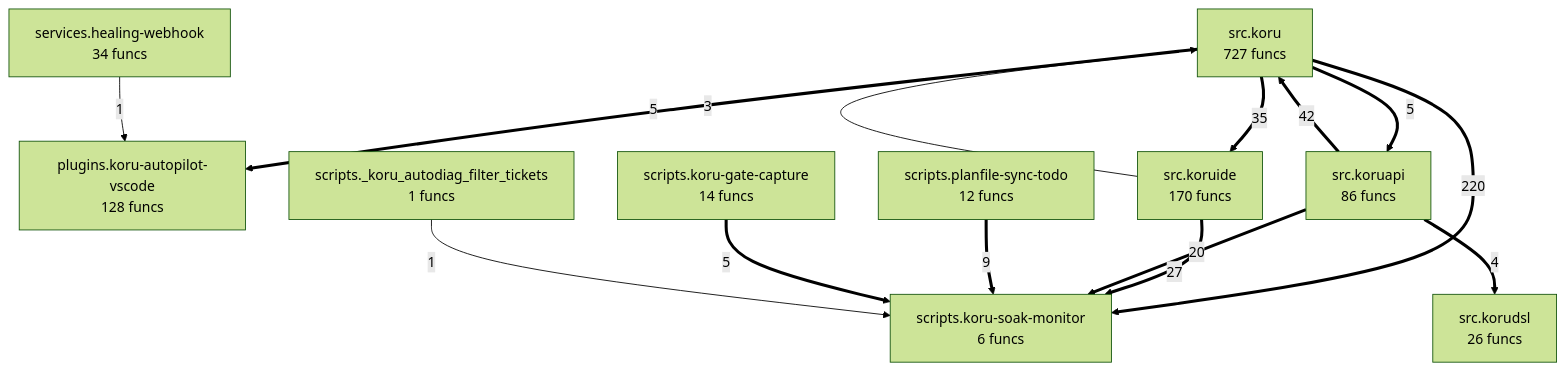
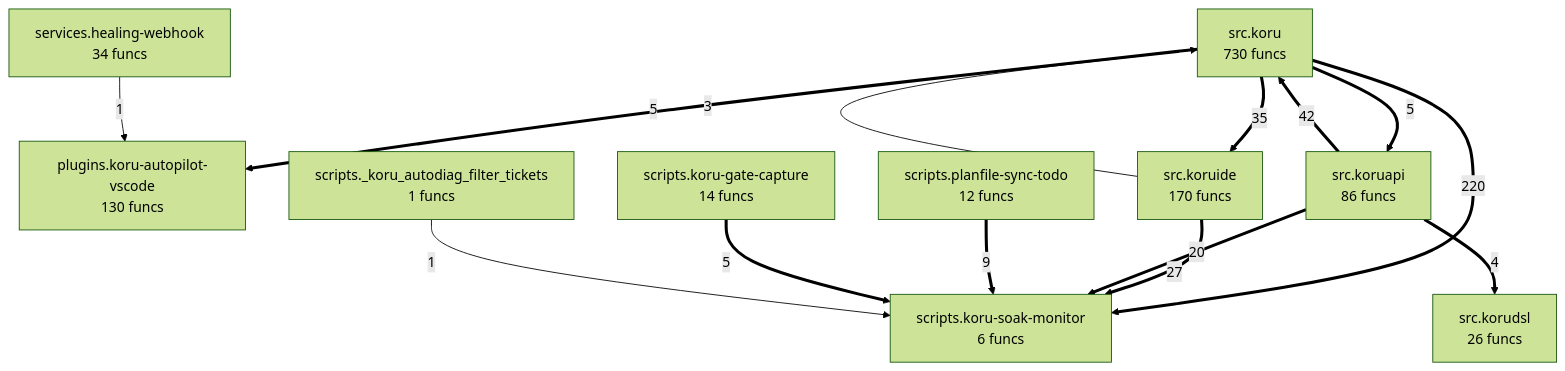
One commit to semcod/koru changed the diagram in project/compact_flow.mmd. Above: the diagram before and after it, drawn with Mermaid (forest theme). The commit also changed 24 other files, not shown here.

```diff
--- a/project/compact_flow.mmd
+++ b/project/compact_flow.mmd
@@ -1,25 +1,25 @@
 flowchart TD
-%% generated in 0.04s
-    plugins__koru_autopilot_vscode["plugins.koru-autopilot-vscode<br/>128 funcs"]
+%% generated in 0.03s
+    plugins__koru_autopilot_vscode["plugins.koru-autopilot-vscode<br/>130 funcs"]
     scripts___koru_autodiag_filter_tickets["scripts._koru_autodiag_filter_tickets<br/>1 funcs"]
     scripts__koru_gate_capture["scripts.koru-gate-capture<br/>14 funcs"]
     scripts__koru_soak_monitor["scripts.koru-soak-monitor<br/>6 funcs"]
     scripts__planfile_sync_todo["scripts.planfile-sync-todo<br/>12 funcs"]
     services__healing_webhook["services.healing-webhook<br/>34 funcs"]
-    src__koru["src.koru<br/>727 funcs"]
+    src__koru["src.koru<br/>730 funcs"]
     src__koruapi["src.koruapi<br/>86 funcs"]
     src__korudsl["src.korudsl<br/>26 funcs"]
     src__koruide["src.koruide<br/>170 funcs"]
     src__koru ==>|220| scripts__koru_soak_monitor
     src__koruapi ==>|42| src__koru
     src__koru ==>|35| src__koruide
     src__koruide ==>|27| scripts__koru_soak_monitor
     src__koruapi ==>|20| scripts__koru_soak_monitor
     scripts__planfile_sync_todo ==>|9| scripts__koru_soak_monitor
     src__koru ==>|5| plugins__koru_autopilot_vscode
     src__koru ==>|5| src__koruapi
     scripts__koru_gate_capture ==>|5| scripts__koru_soak_monitor
     src__koruapi ==>|4| src__korudsl
     src__koruide -->|3| src__koru
     services__healing_webhook -->|1| plugins__koru_autopilot_vscode
     scripts___koru_autodiag_filter_tickets -->|1| scripts__koru_soak_monitor
```
